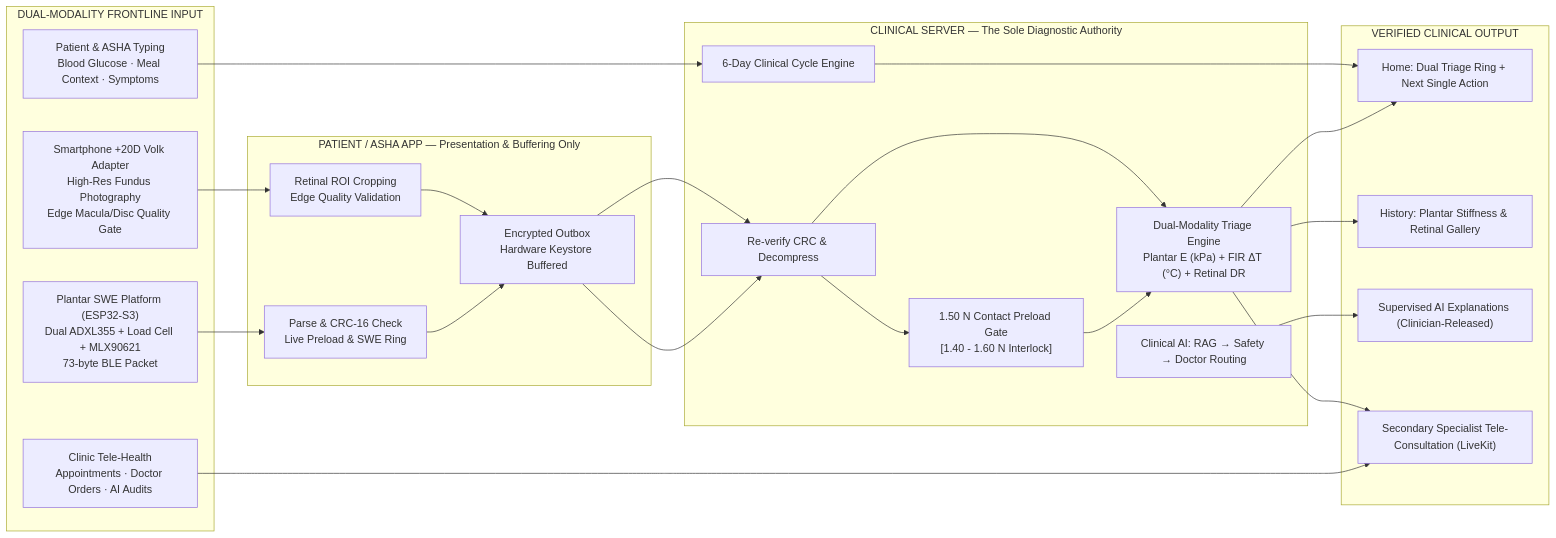
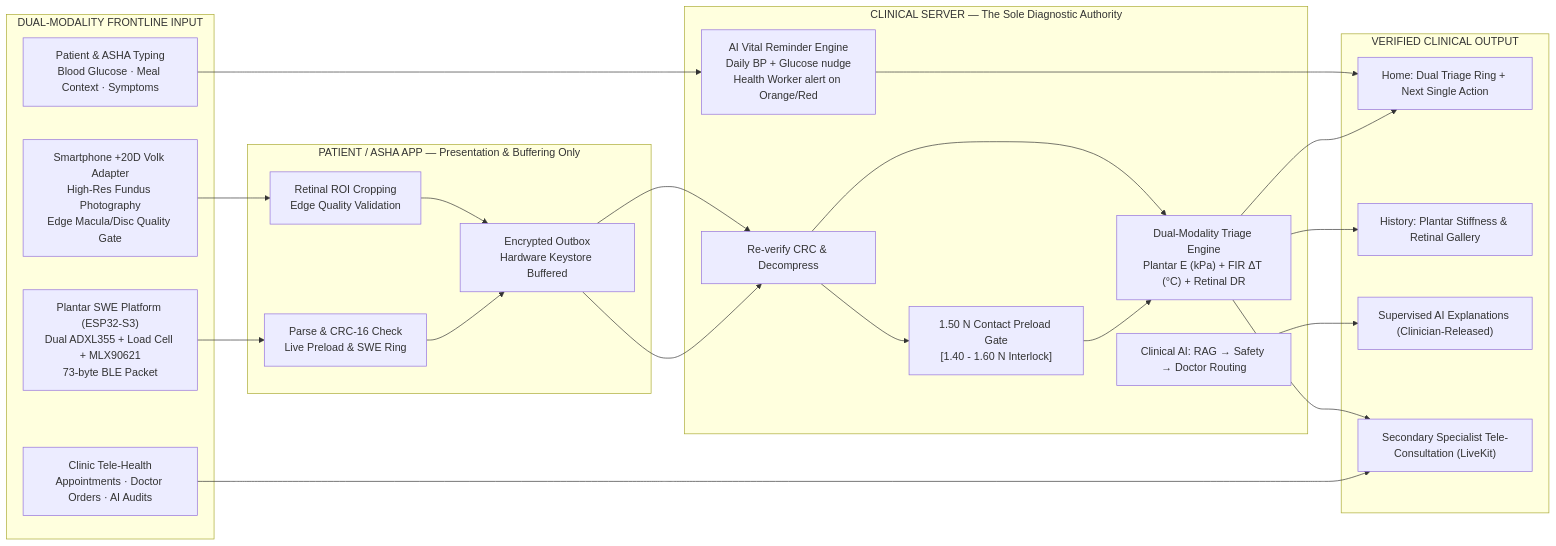
Before and after one commit to thisulink/thisulink: the first of 4 diagrams in software/README.md, drawn with Mermaid. The commit also changed other lines of this file and 1 other file, not shown here.

Commit message:
docs: remove 6-day cycle — replace with daily AI reminder system and India community health worker ecosystem (ASHA/VHN/ANM/CHO/MO)

````diff
--- a/software/README.md
+++ b/software/README.md
@@ -24,37 +28,37 @@
 ```mermaid
 flowchart LR
   subgraph IN["DUAL-MODALITY FRONTLINE INPUT"]
     A1["Plantar SWE Platform (ESP32-S3)<br/>Dual ADXL355 + Load Cell + MLX90621<br/>73-byte BLE Packet"]
     A2["Smartphone +20D Volk Adapter<br/>High-Res Fundus Photography<br/>Edge Macula/Disc Quality Gate"]
     A3["Patient & ASHA Typing<br/>Blood Glucose · Meal Context · Symptoms"]
     A4["Clinic Tele-Health<br/>Appointments · Doctor Orders · AI Audits"]
   end
 
   subgraph APP["PATIENT / ASHA APP — Presentation & Buffering Only"]
     B1["Parse & CRC-16 Check<br/>Live Preload & SWE Ring"]
     B2["Retinal ROI Cropping<br/>Edge Quality Validation"]
     B3["Encrypted Outbox<br/>Hardware Keystore Buffered"]
   end
 
   subgraph SRV["CLINICAL SERVER — The Sole Diagnostic Authority"]
     C1["Re-verify CRC & Decompress"]
     C2["1.50 N Contact Preload Gate<br/>[1.40 - 1.60 N Interlock]"]
     C3["Dual-Modality Triage Engine<br/>Plantar E (kPa) + FIR ΔT (°C) + Retinal DR"]
-    C4["6-Day Clinical Cycle Engine"]
+    C4["AI Vital Reminder Engine<br/>Daily BP + Glucose nudge<br/>Health Worker alert on Orange/Red"]
     C5["Clinical AI: RAG → Safety → Doctor Routing"]
   end
 
   subgraph OUT["VERIFIED CLINICAL OUTPUT"]
     D1["Home: Dual Triage Ring + Next Single Action"]
     D2["History: Plantar Stiffness & Retinal Gallery"]
     D3["Supervised AI Explanations (Clinician-Released)"]
     D4["Secondary Specialist Tele-Consultation (LiveKit)"]
   end
 
   A1 --> B1 --> B3 --> C1 --> C2 --> C3 --> D1
   A2 --> B2 --> B3 --> C1 --> C3 --> D2
   A3 --> C4 --> D1
   A4 --> D4
   C3 --> D4
   C5 --> D3
 ```
````
